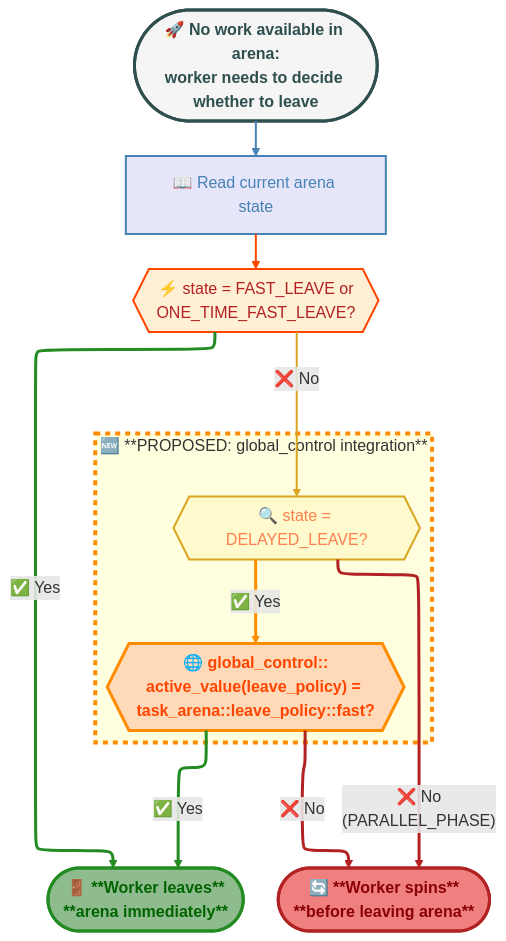
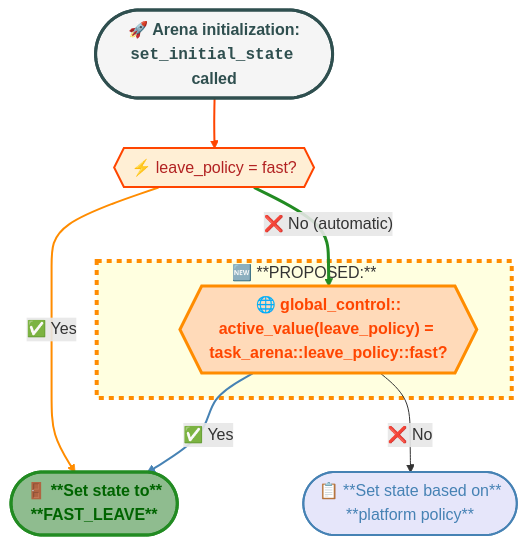
The diagram in rfcs/proposed/global_control_fast_leave/README.md (uxlfoundation/oneTBB), drawn with Mermaid before and after one commit. The commit also changed other lines of this file, not shown here.

First line of the commit message:
Change from dynamic to static init-time parameter

````diff
--- a/rfcs/proposed/global_control_fast_leave/README.md
+++ b/rfcs/proposed/global_control_fast_leave/README.md
@@ -106,40 +105,27 @@
 ```mermaid
-%%{init: {"layout": "elk"}}%%
 flowchart TD
-    Start([🚀 No work available in arena:<br/>worker needs to decide whether to leave])
-    Start --> ReadState[📖 Read current arena state]
-    ReadState --> CheckFastLeave{{"⚡ state = FAST_LEAVE or<br/>ONE_TIME_FAST_LEAVE?"}}
+    Start([🚀 Arena initialization:<br/><code>set_initial_state</code> called])
+    Start --> CheckExplicit{{"⚡ leave_policy = fast?"}}
 
-    CheckFastLeave -->|"✅ Yes"| LeaveImmediately([🚪 **Worker leaves**<br/>**arena immediately**])
-    CheckFastLeave -->|"❌ No"| CheckDelayed
+    CheckExplicit -->|"✅ Yes"| SetFastLeave([🚪 **Set state to**<br/>**FAST_LEAVE**])
+    CheckExplicit -->|"❌ No &lpar;automatic&rpar;"| CheckGlobal
 
-    CheckDelayed -->|"❌ No<br/>&lpar;PARALLEL_PHASE&rpar;"| SpinBeforeLeave([🔄 **Worker spins**<br/>**before leaving arena**])
-    CheckDelayed -->|"✅ Yes"| CheckGlobal
-
-    subgraph PROPOSED ["🆕 **PROPOSED: global_control integration**"]
-        direction TB
-        CheckDelayed{{"🔍 state = DELAYED_LEAVE?"}}
+    subgraph PROPOSED ["🆕 **PROPOSED:**"]
         CheckGlobal{{"🌐 global_control::<br/>active_value&lpar;leave_policy&rpar; = task_arena::leave_policy::fast?"}}
     end
 
-    CheckGlobal -->|"✅ Yes"| LeaveImmediately
-    CheckGlobal -->|"❌ No"| SpinBeforeLeave
+    CheckGlobal -->|"✅ Yes"| SetFastLeave
+    CheckGlobal -->|"❌ No"| PlatformPolicy([📋 **Set state based on**<br/>**platform policy**])
 
-    style Start            fill:whitesmoke,stroke:darkslategray,stroke-width:3px,color:darkslategray,font-weight:bold
-    style ReadState        fill:lavender,stroke:steelblue,stroke-width:2px,color:steelblue
-    style CheckFastLeave   fill:papayawhip,stroke:orangered,stroke-width:2px,color:firebrick
-    style LeaveImmediately fill:darkseagreen,stroke:forestgreen,stroke-width:3px,color:darkgreen,font-weight:bold
-    style SpinBeforeLeave  fill:lightcoral,stroke:firebrick,stroke-width:3px,color:darkred,font-weight:bold
-    style CheckDelayed     fill:lemonchiffon,stroke:goldenrod,stroke-width:2px,color:coral
-    style CheckGlobal      fill:peachpuff,stroke:darkorange,stroke-width:3px,color:orangered,font-weight:bold
-    style PROPOSED         fill:lightyellow,stroke:darkorange,stroke-width:4px,stroke-dasharray:5 5
+    style Start          fill:whitesmoke,stroke:darkslategray,stroke-width:3px,color:darkslategray,font-weight:bold
+    style CheckExplicit  fill:papayawhip,stroke:orangered,stroke-width:2px,color:firebrick
+    style SetFastLeave   fill:darkseagreen,stroke:forestgreen,stroke-width:3px,color:darkgreen,font-weight:bold
+    style PlatformPolicy fill:lavender,stroke:steelblue,stroke-width:2px,color:steelblue
+    style CheckGlobal    fill:peachpuff,stroke:darkorange,stroke-width:3px,color:orangered,font-weight:bold
+    style PROPOSED       fill:lightyellow,stroke:darkorange,stroke-width:4px,stroke-dasharray:5 5
 
-    linkStyle 0 stroke:steelblue,stroke-width:2px
-    linkStyle 1 stroke:orangered,stroke-width:2px
+    linkStyle 0 stroke:orangered,stroke-width:2px
+    linkStyle 1 stroke:darkorange,stroke-width:2px
     linkStyle 2 stroke:forestgreen,stroke-width:3px
-    linkStyle 3 stroke:goldenrod,stroke-width:2px
-    linkStyle 4 stroke:firebrick,stroke-width:3px
-    linkStyle 5 stroke:darkorange,stroke-width:3px
-    linkStyle 6 stroke:forestgreen,stroke-width:3px
-    linkStyle 7 stroke:firebrick,stroke-width:3px
+    linkStyle 3 stroke:steelblue,stroke-width:2px
 ```
````
